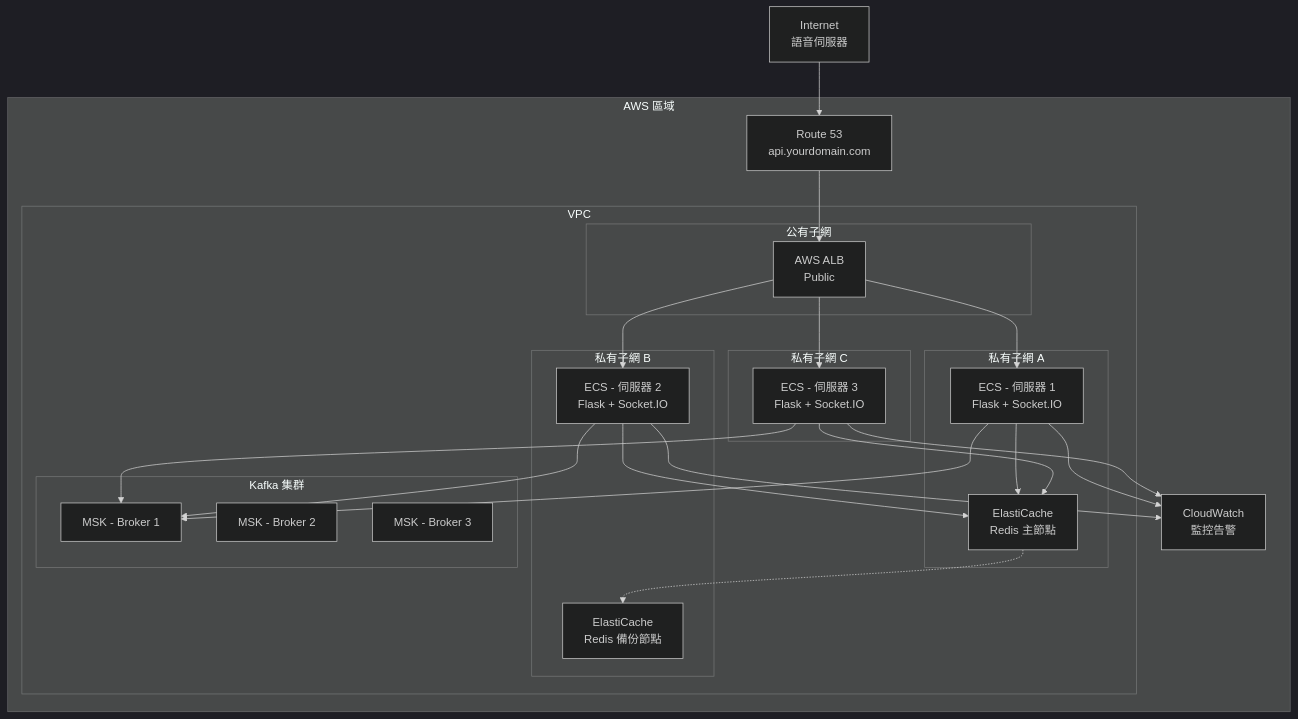
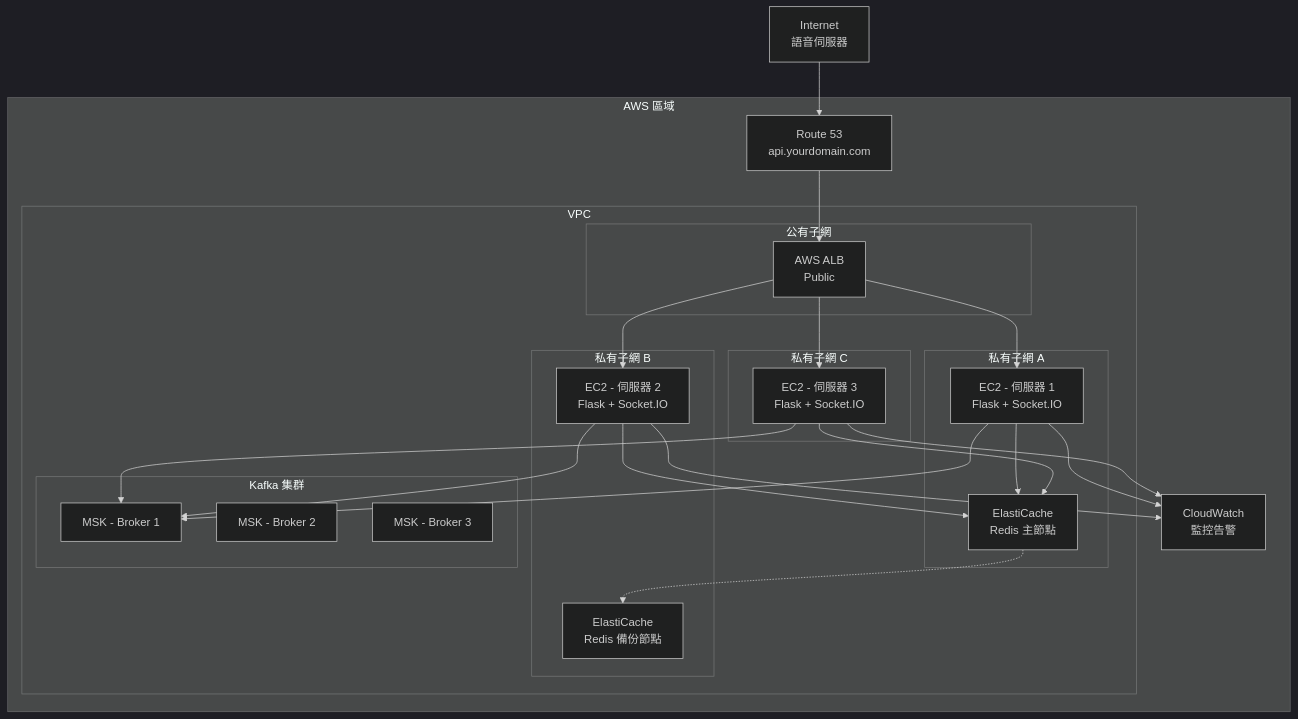
One commit to aifung/ideas changed the seventh of 8 diagrams in api.md. Above: the diagram before and after it, drawn with Mermaid (dark theme). The commit also changed other lines of this file, not shown here.

````diff
--- a/api.md
+++ b/api.md
@@ -830,53 +806,53 @@
 ```mermaid
 graph TB
     subgraph "AWS 區域"
         subgraph "VPC"
             subgraph "公有子網"
                 ALB[AWS ALB<br/>Public]
             end
             
             subgraph "私有子網 A"
-                Server1[ECS - 伺服器 1<br/>Flask + Socket.IO]
+                Server1[EC2 - 伺服器 1<br/>Flask + Socket.IO]
                 Redis1[ElastiCache<br/>Redis 主節點]
             end
             
             subgraph "私有子網 B"
-                Server2[ECS - 伺服器 2<br/>Flask + Socket.IO]
+                Server2[EC2 - 伺服器 2<br/>Flask + Socket.IO]
                 Redis2[ElastiCache<br/>Redis 備份節點]
             end
             
             subgraph "私有子網 C"
-                Server3[ECS - 伺服器 3<br/>Flask + Socket.IO]
+                Server3[EC2 - 伺服器 3<br/>Flask + Socket.IO]
             end
             
             subgraph "Kafka 集群"
                 Kafka1[MSK - Broker 1]
                 Kafka2[MSK - Broker 2]
                 Kafka3[MSK - Broker 3]
             end
         end
         
         Route53[Route 53<br/>api.yourdomain.com]
         CloudWatch[CloudWatch<br/>監控告警]
     end
     
     Internet[Internet<br/>語音伺服器] --> Route53
     Route53 --> ALB
     ALB --> Server1
     ALB --> Server2
     ALB --> Server3
     
     Server1 --> Redis1
     Server2 --> Redis1
     Server3 --> Redis1
     
     Redis1 -.-> Redis2
     
     Server1 --> Kafka1
     Server2 --> Kafka1
     Server3 --> Kafka1
     
     Server1 --> CloudWatch
     Server2 --> CloudWatch
     Server3 --> CloudWatch
 ```
````
